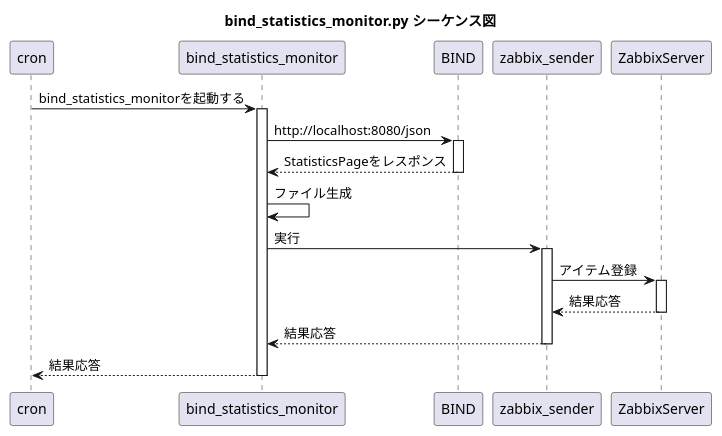
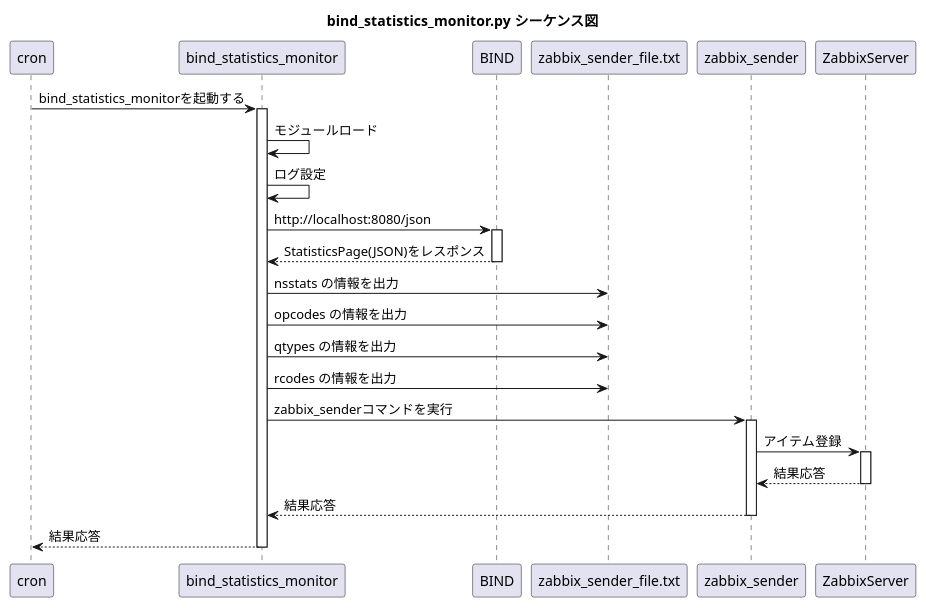
The diagram in bind_statistics_monitor.pu (naoto-izutsu/bind_statistics_monitor), drawn with PlantUML before and after one commit.

Commit message:
update 2018092302-01

```diff
--- a/bind_statistics_monitor.pu
+++ b/bind_statistics_monitor.pu
@@ -1,20 +1,25 @@
 @startuml
 title bind_statistics_monitor.py シーケンス図
 cron -> bind_statistics_monitor : bind_statistics_monitorを起動する
 activate bind_statistics_monitor
+bind_statistics_monitor -> bind_statistics_monitor : モジュールロード
+bind_statistics_monitor -> bind_statistics_monitor : ログ設定
 bind_statistics_monitor -> BIND : http://localhost:8080/json
 activate BIND
-bind_statistics_monitor <-- BIND : StatisticsPageをレスポンス
+bind_statistics_monitor <-- BIND : StatisticsPage(JSON)をレスポンス
 deactivate BIND
-bind_statistics_monitor -> bind_statistics_monitor : ファイル生成
-bind_statistics_monitor -> zabbix_sender : 実行
+bind_statistics_monitor -> zabbix_sender_file.txt : nsstats の情報を出力
+bind_statistics_monitor -> zabbix_sender_file.txt : opcodes の情報を出力
+bind_statistics_monitor -> zabbix_sender_file.txt : qtypes の情報を出力
+bind_statistics_monitor -> zabbix_sender_file.txt : rcodes の情報を出力
+bind_statistics_monitor -> zabbix_sender : zabbix_senderコマンドを実行
 activate zabbix_sender
 zabbix_sender -> ZabbixServer : アイテム登録
 activate ZabbixServer
 zabbix_sender <-- ZabbixServer : 結果応答
 deactivate ZabbixServer
 bind_statistics_monitor <-- zabbix_sender : 結果応答
 deactivate zabbix_sender
 cron <-- bind_statistics_monitor : 結果応答
 deactivate bind_statistics_monitor
 @enduml
```
